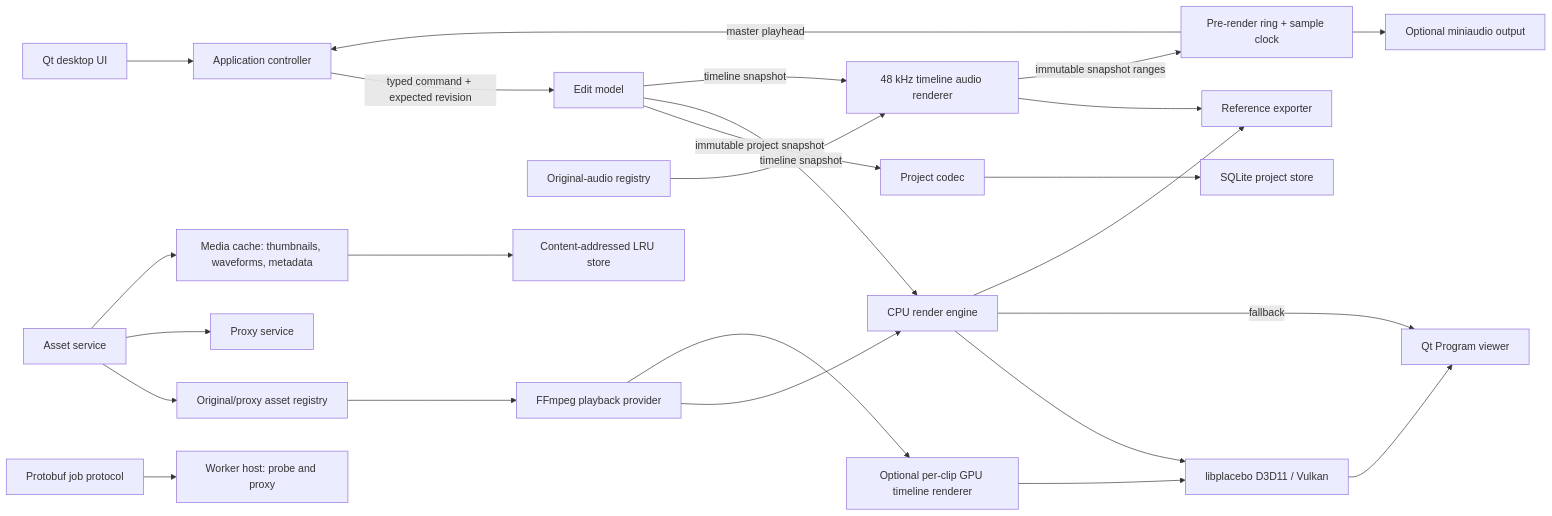
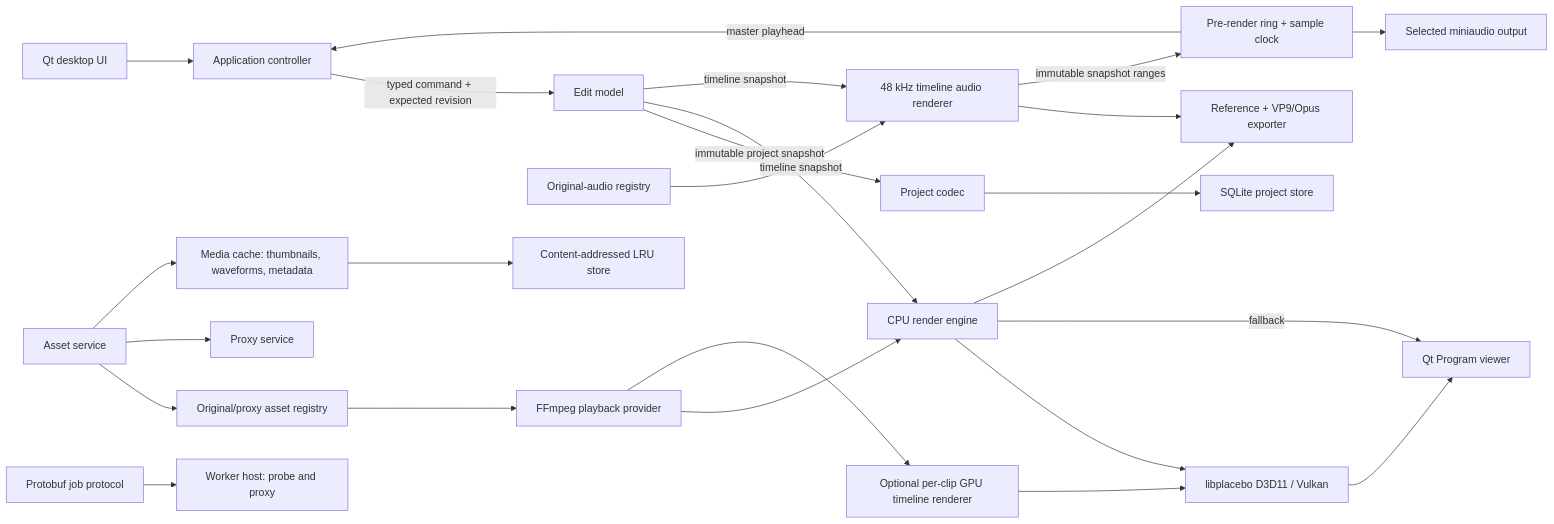
The diagram in docs/architecture/overview.md (sambhavvk/Video-Editor), drawn with Mermaid before and after one commit. The commit also changed other lines of this file and 22 other files, not shown here.

````diff
--- a/docs/architecture/overview.md
+++ b/docs/architecture/overview.md
@@ -10,27 +10,27 @@
 ```mermaid
 flowchart LR
     UI["Qt desktop UI"] --> Controller["Application controller"]
     Controller -->|"typed command + expected revision"| Edit["Edit model"]
     Edit -->|"immutable project snapshot"| Codec["Project codec"]
     Codec --> Store["SQLite project store"]
     Edit -->|"timeline snapshot"| Render["CPU render engine"]
     Registry["Original/proxy asset registry"] --> Playback["FFmpeg playback provider"]
     Playback --> Render
     Playback --> GpuTimeline["Optional per-clip GPU timeline renderer"]
     GpuTimeline --> GPU["libplacebo D3D11 / Vulkan"]
     Render --> GPU
     GPU --> Viewer["Qt Program viewer"]
     Render -->|"fallback"| Viewer
-    Render --> Export["Reference exporter"]
+    Render --> Export["Reference + VP9/Opus exporter"]
     AudioRegistry["Original-audio registry"] --> AudioRender["48 kHz timeline audio renderer"]
     Edit -->|"timeline snapshot"| AudioRender
     AudioRender --> Export
     AudioRender -->|"immutable snapshot ranges"| Realtime["Pre-render ring + sample clock"]
-    Realtime --> Device["Optional miniaudio output"]
+    Realtime --> Device["Selected miniaudio output"]
     Realtime -->|"master playhead"| Controller
     Import["Asset service"] --> Registry
     Import --> Proxy["Proxy service"]
     Import --> MediaCache["Media cache: thumbnails, waveforms, metadata"]
     MediaCache --> CacheStore["Content-addressed LRU store"]
     Jobs["Protobuf job protocol"] --> Worker["Worker host: probe and proxy"]
 ```
````
